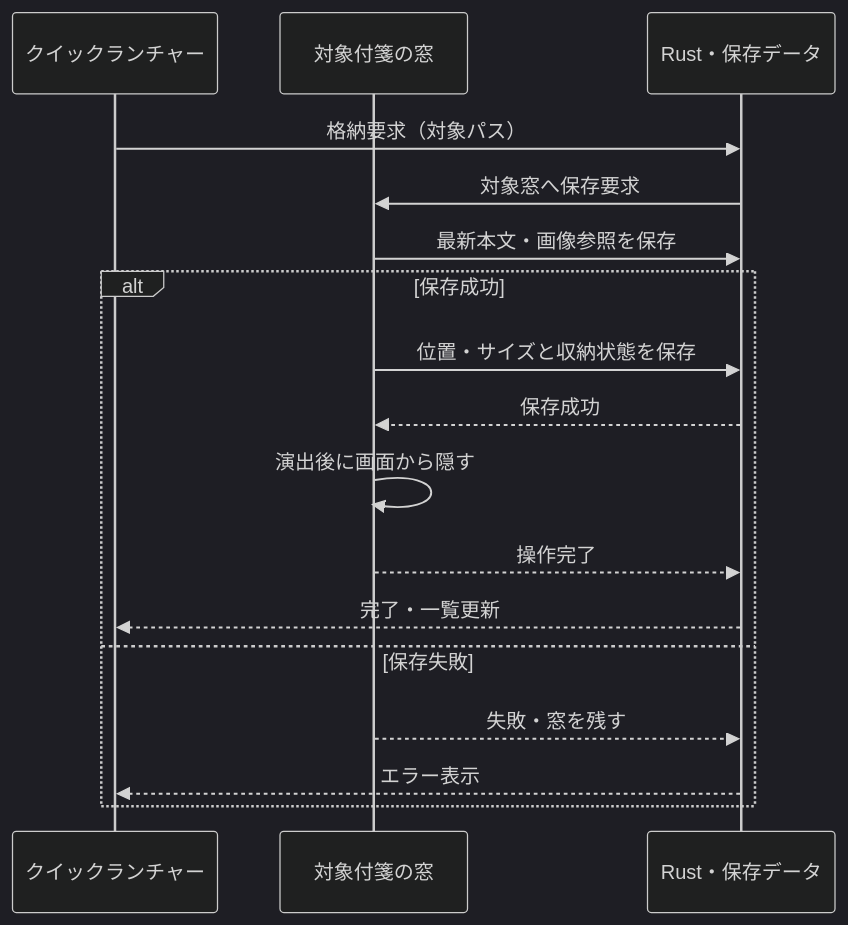
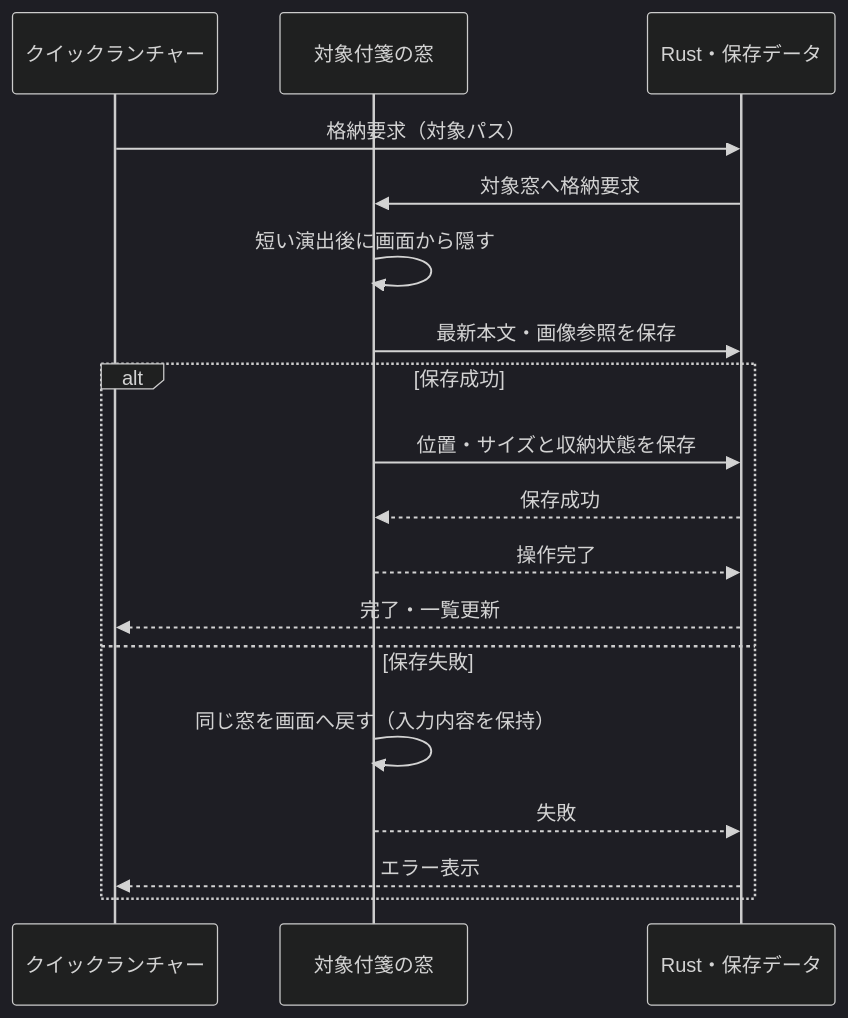
One commit to ore-no-fusen/ore-no-fusen changed diagram 15 of 19 in docs-v2/002_PC.md. Above: the diagram before and after it, drawn with Mermaid (dark theme). The commit also changed other lines of this file and 4 other files, not shown here.

````diff
--- a/docs-v2/002_PC.md
+++ b/docs-v2/002_PC.md
@@ -1601,19 +1601,20 @@
 ```mermaid
 sequenceDiagram
     participant L as クイックランチャー
     participant N as 対象付箋の窓
     participant R as Rust・保存データ
     L->>R: 格納要求（対象パス）
-    R->>N: 対象窓へ保存要求
+    R->>N: 対象窓へ格納要求
+    N->>N: 短い演出後に画面から隠す
     N->>R: 最新本文・画像参照を保存
     alt 保存成功
         N->>R: 位置・サイズと収納状態を保存
         R-->>N: 保存成功
-        N->>N: 演出後に画面から隠す
         N-->>R: 操作完了
         R-->>L: 完了・一覧更新
     else 保存失敗
-        N-->>R: 失敗・窓を残す
+        N->>N: 同じ窓を画面へ戻す（入力内容を保持）
+        N-->>R: 失敗
         R-->>L: エラー表示
     end
 ```
````
